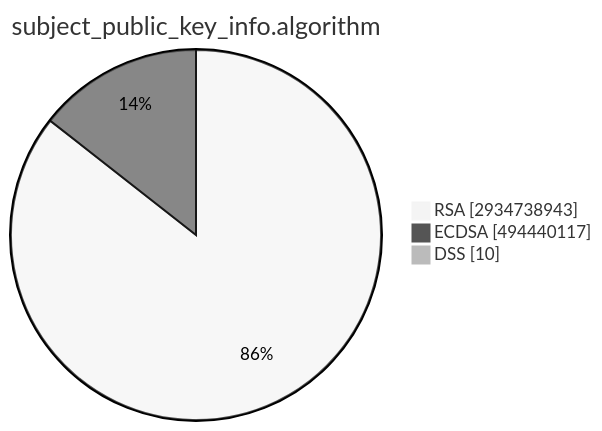
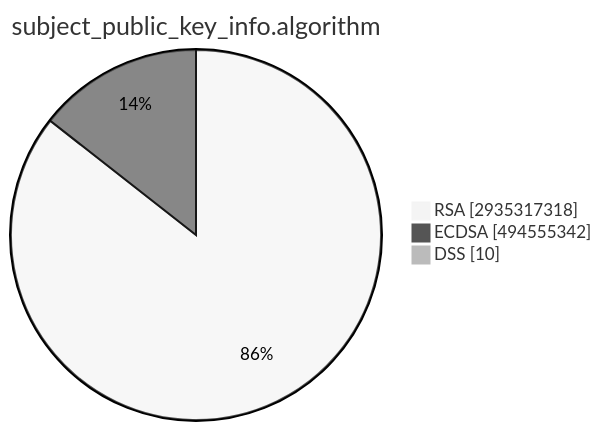
Before and after one commit to christiankrug/ctmonitor_visualization: the second of 15 diagrams in TOTAL/README.md, drawn with Mermaid (neutral theme). The commit also changed other lines of this file, not shown here.

````diff
--- a/TOTAL/README.md
+++ b/TOTAL/README.md
@@ -6,7 +6,7 @@
 ```mermaid
 pie showData
 title subject_public_key_info.algorithm
-"RSA" :2934738943
-"ECDSA" :494440117
+"RSA" :2935317318
+"ECDSA" :494555342
 "DSS" :10
 ```
````
